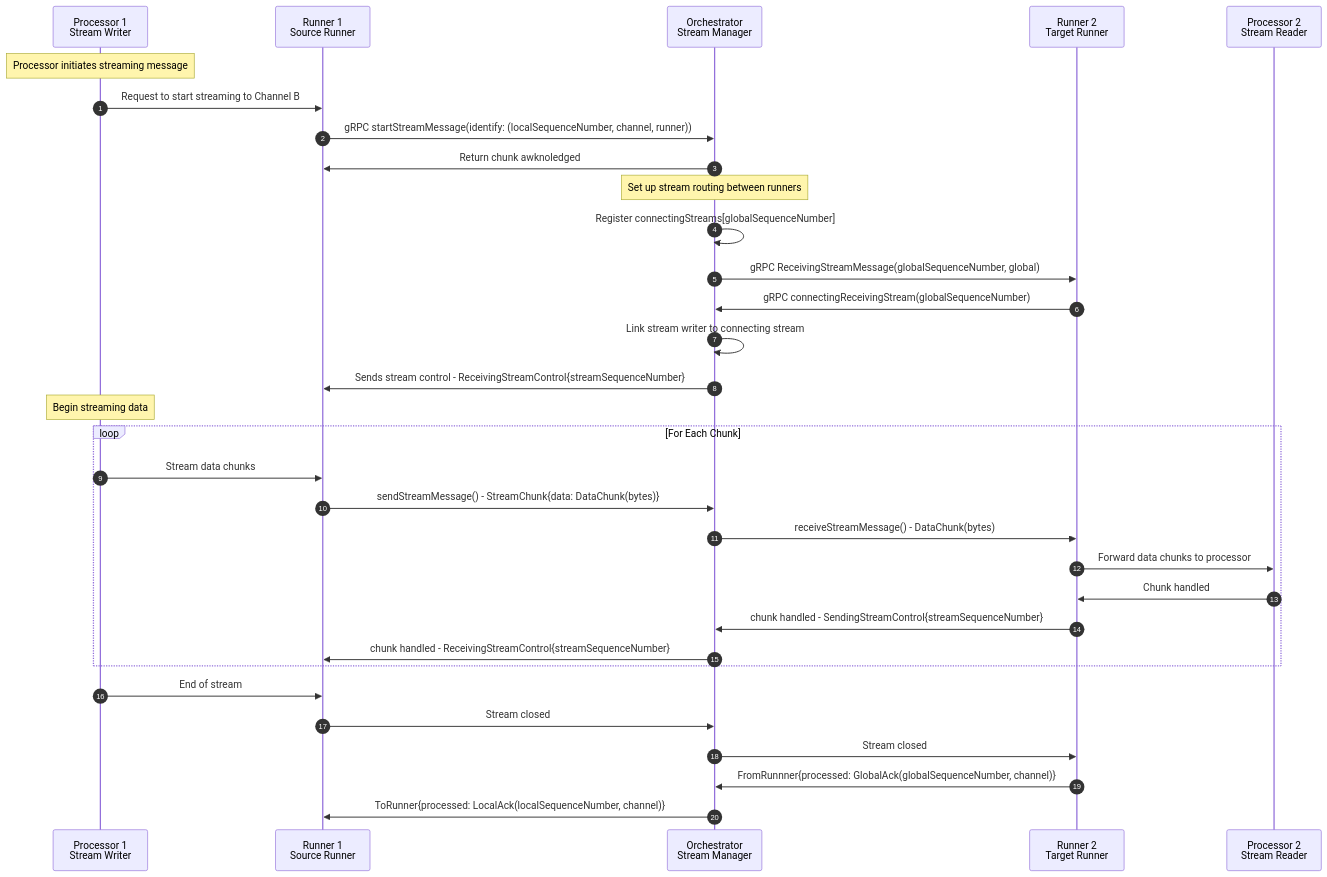
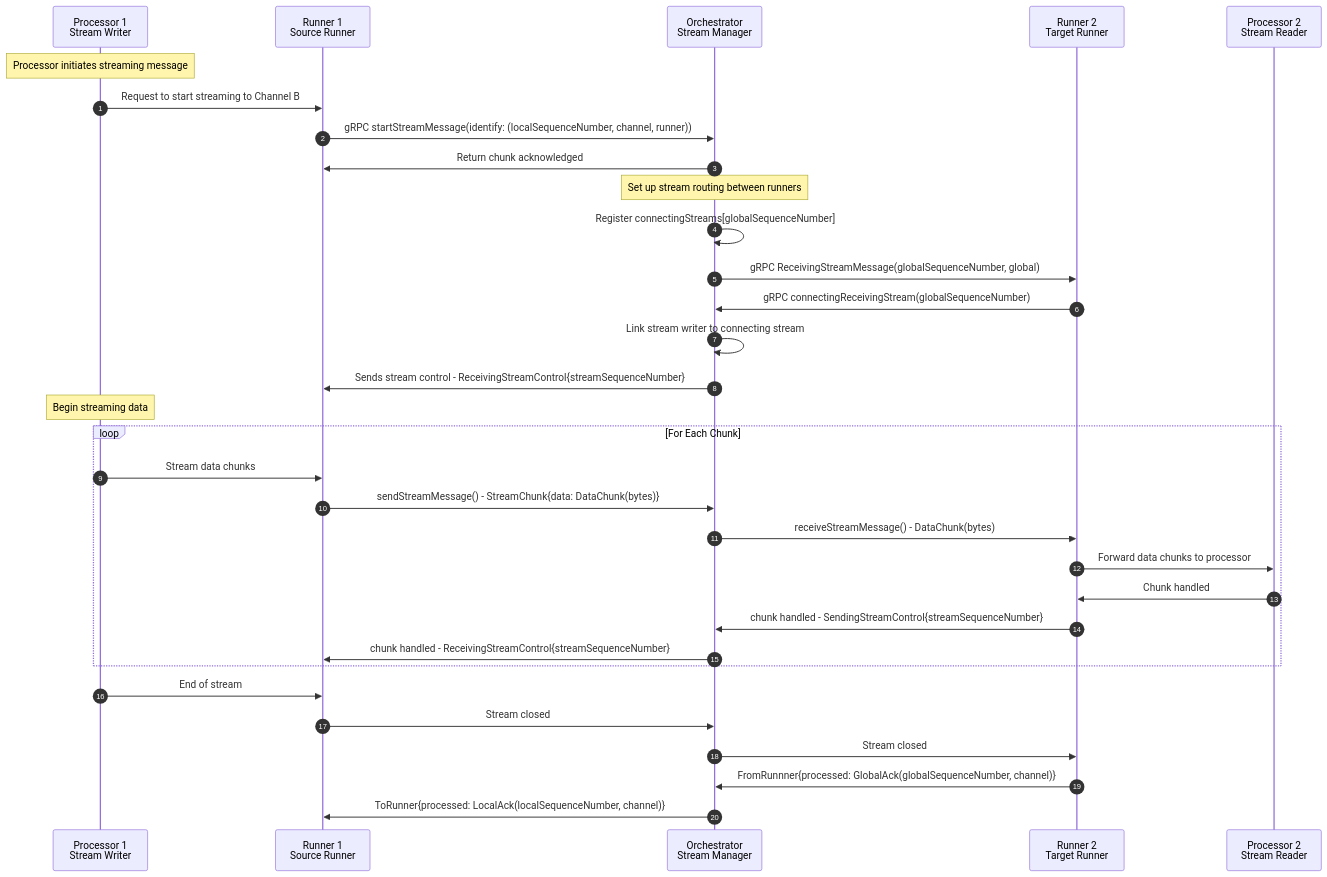
The third of 3 diagrams in README.md (rdf-connect/orchestrator-js), drawn with Mermaid before and after one commit.

Commit message:
docs: awknoledged -> acknowledged

````diff
--- a/README.md
+++ b/README.md
@@ -293,39 +293,39 @@
 ```mermaid
 sequenceDiagram
     autonumber
     participant P1 as Processor 1<br/>Stream Writer
     participant R1 as Runner 1<br/>Source Runner
     participant O as Orchestrator<br/>Stream Manager
     participant R2 as Runner 2<br/>Target Runner
     participant P2 as Processor 2<br/>Stream Reader
 
     Note over P1: Processor initiates streaming message
     P1->>R1: Request to start streaming to Channel B
     R1->>O: gRPC startStreamMessage(identify: (localSequenceNumber, channel, runner))
-    O->>R1: Return chunk awknoledged
+    O->>R1: Return chunk acknowledged
 
     Note over O: Set up stream routing between runners
     O->>O: Register connectingStreams[globalSequenceNumber]
     O->>R2: gRPC ReceivingStreamMessage(globalSequenceNumber, global)
     R2->>O: gRPC connectingReceivingStream(globalSequenceNumber)
     O->>O: Link stream writer to connecting stream
     O->>R1: Sends stream control - ReceivingStreamControl{streamSequenceNumber}
 
 
     Note over P1: Begin streaming data
     loop For Each Chunk
         P1->>R1: Stream data chunks
         R1->>O: sendStreamMessage() - StreamChunk{data: DataChunk(bytes)}
         O->>R2: receiveStreamMessage() - DataChunk(bytes)
         R2->>P2: Forward data chunks to processor
         P2->>R2: Chunk handled
         R2->>O: chunk handled - SendingStreamControl{streamSequenceNumber}
         O->>R1: chunk handled - ReceivingStreamControl{streamSequenceNumber}
     end
 
     P1->>R1: End of stream
     R1->>O: Stream closed
     O->>R2: Stream closed
     R2->>O: FromRunnner{processed: GlobalAck(globalSequenceNumber, channel)}
     O->>R1: ToRunner{processed: LocalAck(localSequenceNumber, channel)}
 ```
````
